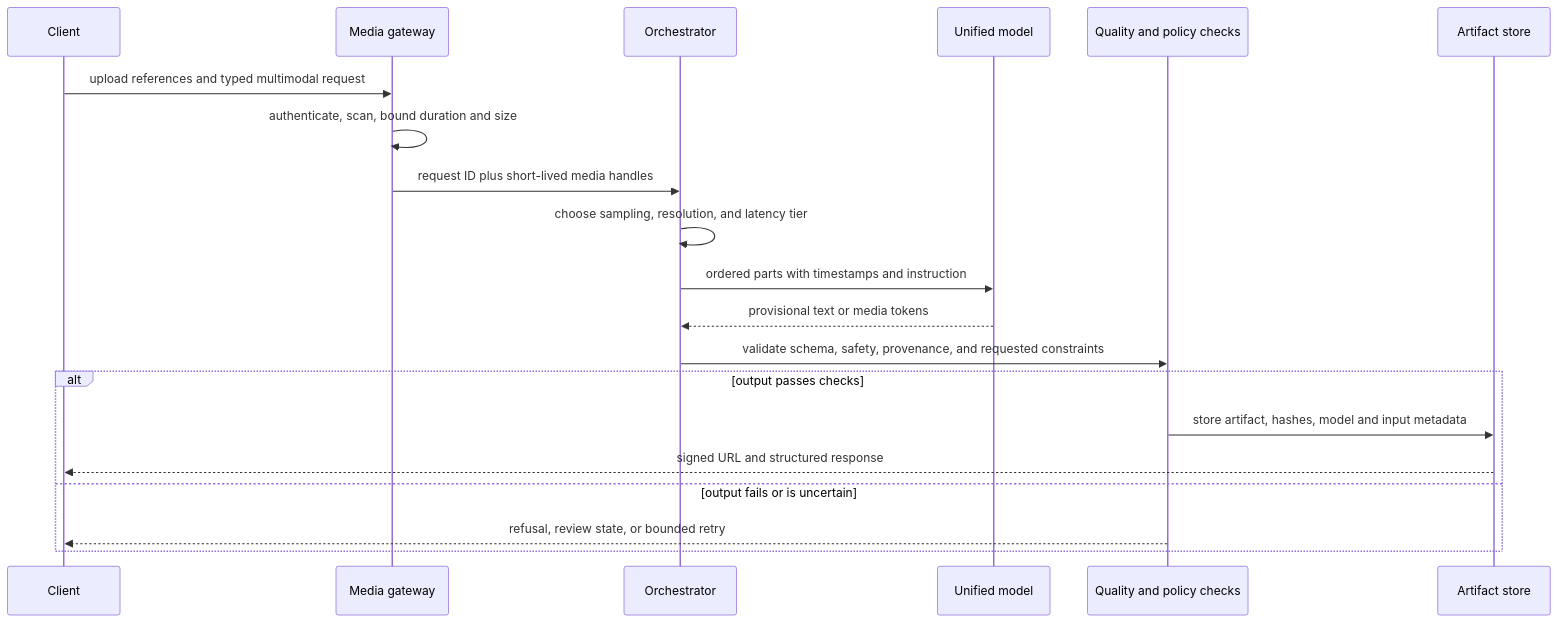
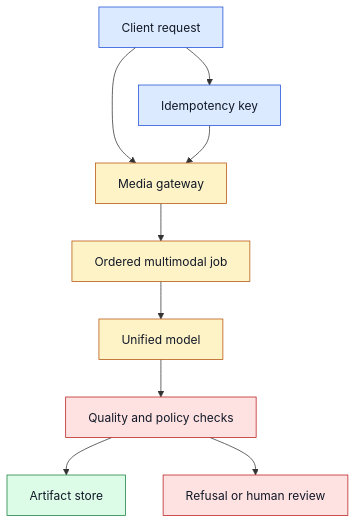
The second of 2 diagrams in months/2026-08/08-multimodal-unified-models.md (souradeepta/ai-monthly-concepts), drawn with Mermaid before and after one commit. The commit also changed other lines of this file and 2 other files, not shown here.

Commit message:
Repair August multimodal inference and benchmark lessons

````diff
--- a/months/2026-08/08-multimodal-unified-models.md
+++ b/months/2026-08/08-multimodal-unified-models.md
@@ -60,22 +60,19 @@
 ```mermaid
-sequenceDiagram
-    participant C as Client
-    participant G as Media gateway
-    participant O as Orchestrator
-    participant M as Unified model
-    participant Q as Quality and policy checks
-    participant A as Artifact store
-    C->>G: upload references and typed multimodal request
-    G->>G: authenticate, scan, bound duration and size
-    G->>O: request ID plus short-lived media handles
-    O->>O: choose sampling, resolution, and latency tier
-    O->>M: ordered parts with timestamps and instruction
-    M-->>O: provisional text or media tokens
-    O->>Q: validate schema, safety, provenance, and requested constraints
-    alt output passes checks
-        Q->>A: store artifact, hashes, model and input metadata
-        A-->>C: signed URL and structured response
-    else output fails or is uncertain
-        Q-->>C: refusal, review state, or bounded retry
-    end
+flowchart TD
+    C[Client request] --> G[Media gateway]
+    G --> O[Ordered multimodal job]
+    O --> M[Unified model]
+    M --> Q[Quality and policy checks]
+    Q --> A[Artifact store]
+    Q --> R[Refusal or human review]
+    C --> I[Idempotency key]
+    I --> G
+    classDef request fill:#dbeafe,stroke:#1d4ed8,color:#111827;
+    classDef compute fill:#fef3c7,stroke:#b45309,color:#111827;
+    classDef decision fill:#fee2e2,stroke:#b91c1c,color:#111827;
+    classDef durable fill:#dcfce7,stroke:#15803d,color:#111827;
+    class C,I request;
+    class G,O,M compute;
+    class Q,R decision;
+    class A durable;
 ```
````
